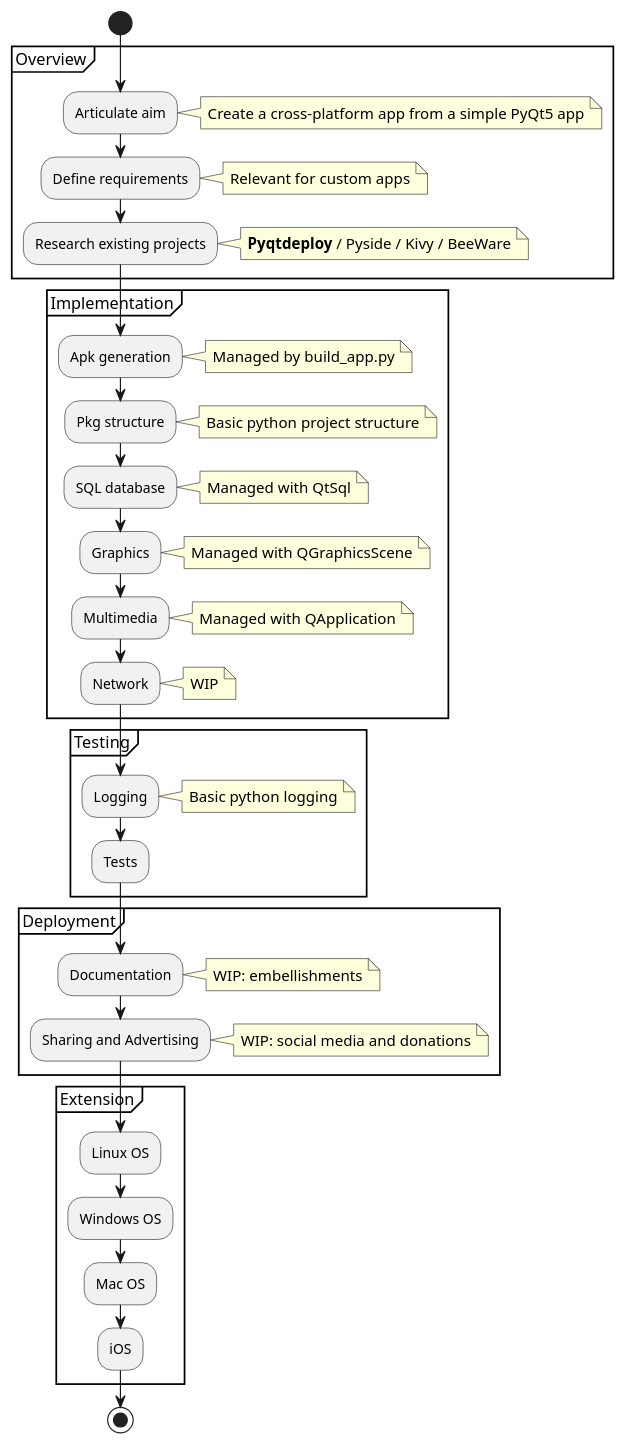
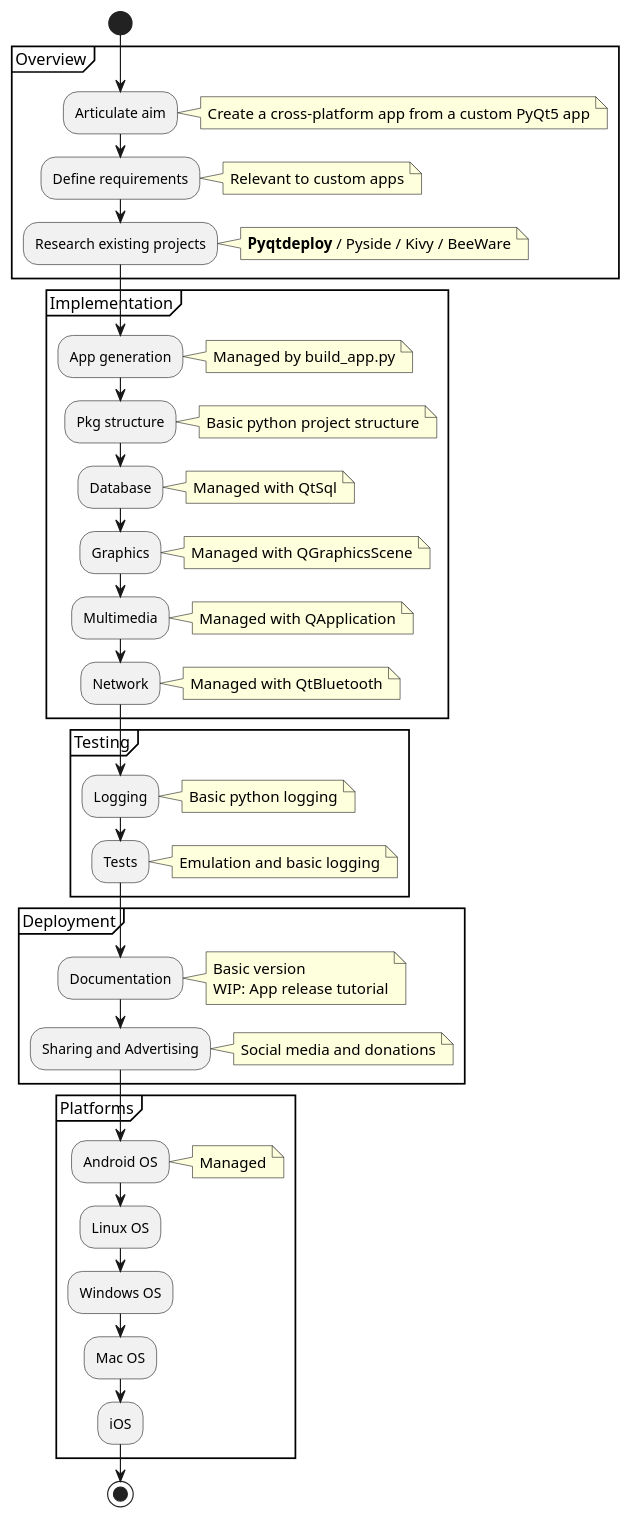
Before and after one commit to achille-martin/pyqt-crom: the diagram in doc/roadmap/roadmap.iuml, drawn with PlantUML.

Commit message:
Updated roadmap file with Network step and fixed typos in other steps

```diff
--- a/doc/roadmap/roadmap.iuml
+++ b/doc/roadmap/roadmap.iuml
@@ -1,67 +1,75 @@
 @startuml
 start
 partition Overview {
     :Articulate aim;
     note right
-        Create a cross-platform app from a simple PyQt5 app
+        Create a cross-platform app from a custom PyQt5 app
     end note
     :Define requirements;
     note right
-      Relevant for custom apps
+      Relevant to custom apps
     end note
     :Research existing projects;
     note right
         **Pyqtdeploy** / Pyside / Kivy / BeeWare
     end note
 }
 partition Implementation {
-    :Apk generation;
+    :App generation;
     note right
       Managed by build_app.py
     end note
     :Pkg structure;
     note right
       Basic python project structure
     end note
-    :SQL database;
+    :Database;
     note right
       Managed with QtSql
     end note
     :Graphics;
     note right
       Managed with QGraphicsScene
     end note
     :Multimedia;
     note right
       Managed with QApplication
     end note
     :Network;
     note right
-      WIP
+      Managed with QtBluetooth
     end note
 }
 partition Testing {
     :Logging;
     note right
       Basic python logging
     end note
     :Tests;
+    note right
+      Emulation and basic logging
+     end note
 }
 partition Deployment {
     :Documentation;
     note right
-      WIP: embellishments
+      Basic version
+      WIP: App release tutorial
     end note
     :Sharing and Advertising;
     note right
-      WIP: social media and donations
+      Social media and donations
     end note
 }
-partition Extension {
+partition Platforms {
+    :Android OS;
+    note right
+      Managed
+    end note
     :Linux OS;
     :Windows OS;
     :Mac OS;
     :iOS;
 }
 stop
 @enduml
```
